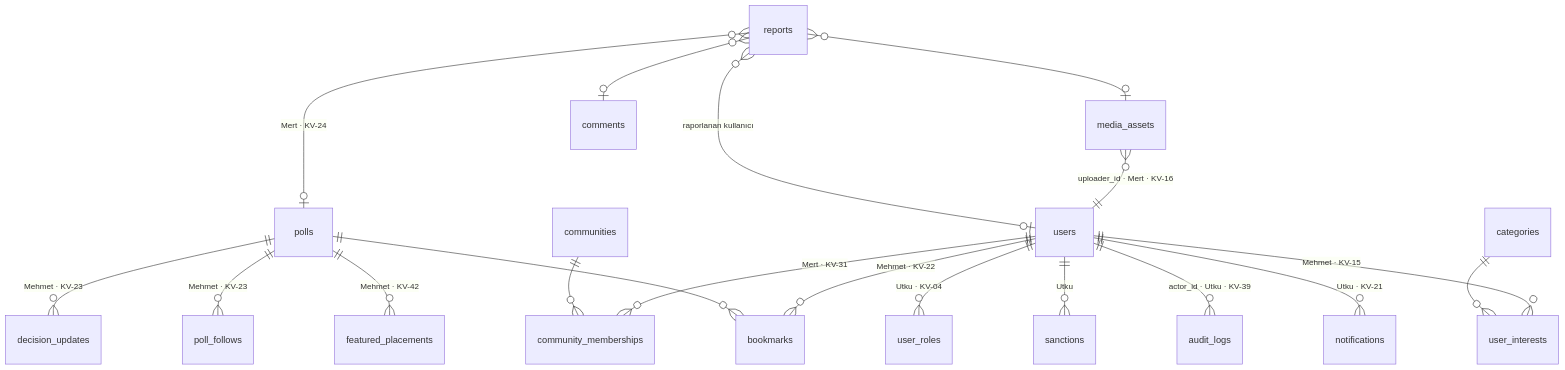
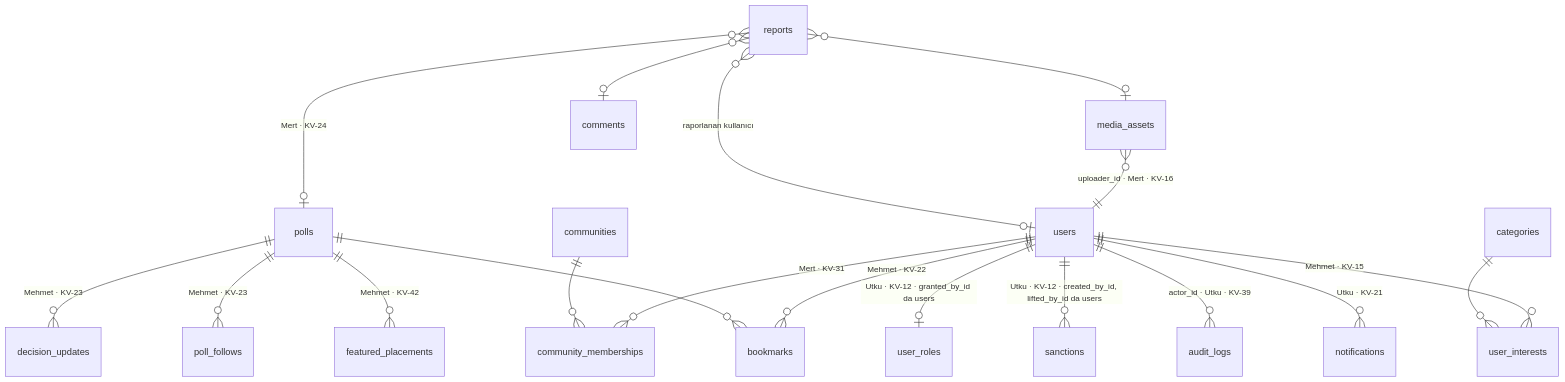
The second of 2 diagrams in docs/DATA_MODEL.md (mehmetalisahingm/kararver), drawn with Mermaid before and after one commit. The commit also changed other lines of this file and 4 other files, not shown here.

First line of the commit message:
feat(db): KV-12 user_roles ve sanctions şeması

````diff
--- a/docs/DATA_MODEL.md
+++ b/docs/DATA_MODEL.md
@@ -184,21 +184,21 @@
 ```mermaid
 erDiagram
   users ||--o{ community_memberships : "Mert · KV-31"
   communities ||--o{ community_memberships : ""
   media_assets }o--|| users : "uploader_id · Mert · KV-16"
   reports }o--o| polls : "Mert · KV-24"
   reports }o--o| comments : ""
   reports }o--o| media_assets : ""
   reports }o--o| users : "raporlanan kullanıcı"
-  users ||--o{ user_roles : "Utku · KV-04"
-  users ||--o{ sanctions : "Utku"
+  users ||--o| user_roles : "Utku · KV-12 · granted_by_id da users"
+  users ||--o{ sanctions : "Utku · KV-12 · created_by_id, lifted_by_id da users"
   users ||--o{ audit_logs : "actor_id · Utku · KV-39"
   users ||--o{ notifications : "Utku · KV-21"
   users ||--o{ bookmarks : "Mehmet · KV-22"
   polls ||--o{ bookmarks : ""
   polls ||--o{ decision_updates : "Mehmet · KV-23"
   polls ||--o{ poll_follows : "Mehmet · KV-23"
   polls ||--o{ featured_placements : "Mehmet · KV-42"
   users ||--o{ user_interests : "Mehmet · KV-15"
   categories ||--o{ user_interests : ""
 ```
````
